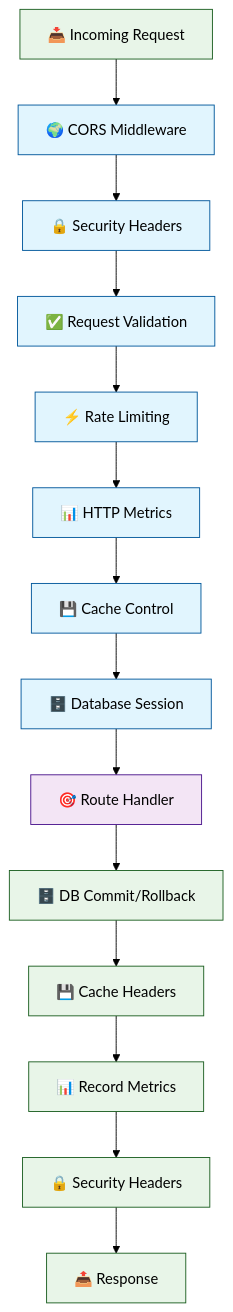
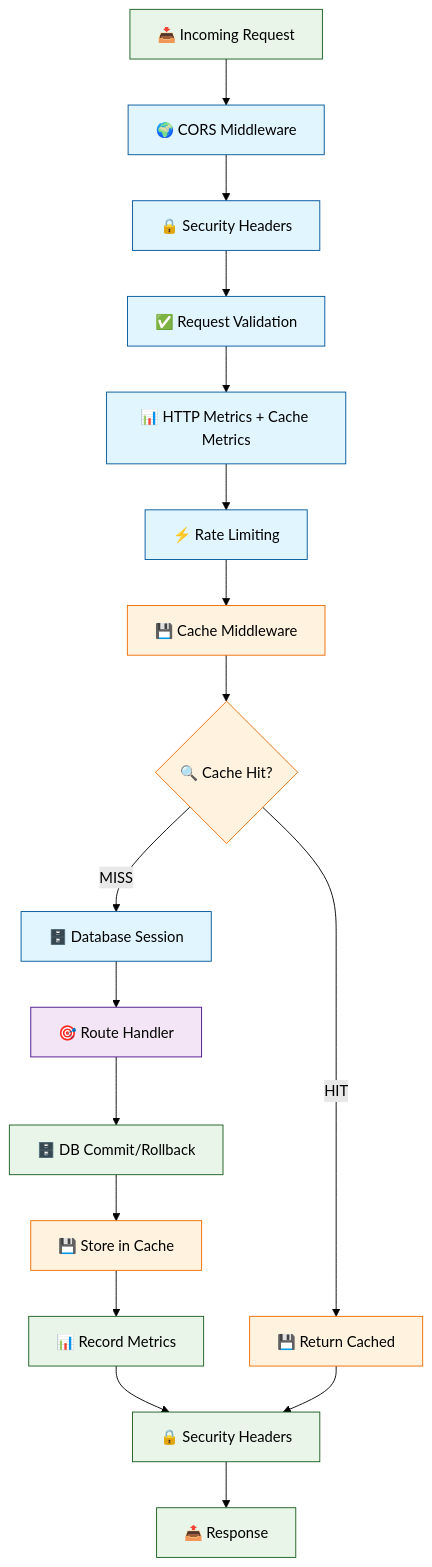
The first of 3 diagrams in README.md (ZhuchkaTriplesix/ZhuchkaKeyboards), drawn with Mermaid (forest theme) before and after one commit. The commit also changed other lines of this file and 12 other files, not shown here.

````diff
--- a/README.md
+++ b/README.md
@@ -60,25 +61,30 @@
 ```mermaid
 graph TD
     Request[📥 Incoming Request] --> CORS[🌍 CORS Middleware]
     CORS --> Security[🔒 Security Headers]
     Security --> Validation[✅ Request Validation]
-    Validation --> RateLimit[⚡ Rate Limiting]
-    RateLimit --> Metrics[📊 HTTP Metrics]
-    Metrics --> Cache[💾 Cache Control]
-    Cache --> Database[🗄️ Database Session]
+    Validation --> Metrics[📊 HTTP Metrics + Cache Metrics]
+    Metrics --> RateLimit[⚡ Rate Limiting]
+    RateLimit --> Cache[💾 Cache Middleware]
+    Cache --> CacheCheck{🔍 Cache Hit?}
+    CacheCheck -->|HIT| CacheResponse[💾 Return Cached]
+    CacheCheck -->|MISS| Database[🗄️ Database Session]
     Database --> Handler[🎯 Route Handler]
     
     Handler --> DBResponse[🗄️ DB Commit/Rollback]
-    DBResponse --> CacheResponse[💾 Cache Headers]
-    CacheResponse --> MetricsResponse[📊 Record Metrics]
-    MetricsResponse --> SecurityResponse[🔒 Security Headers]
+    DBResponse --> CacheStore[💾 Store in Cache]
+    CacheStore --> MetricsRecord[📊 Record Metrics]
+    MetricsRecord --> SecurityResponse[🔒 Security Headers]
+    CacheResponse --> SecurityResponse
     SecurityResponse --> Response[📤 Response]
     
     classDef middleware fill:#e1f5fe,stroke:#01579b
     classDef core fill:#f3e5f5,stroke:#4a148c
     classDef flow fill:#e8f5e8,stroke:#1b5e20
+    classDef cache fill:#fff3e0,stroke:#ef6c00
     
-    class CORS,Security,Validation,RateLimit,Metrics,Cache,Database middleware
+    class CORS,Security,Validation,RateLimit,Metrics,Database middleware
     class Handler core
-    class Request,Response,DBResponse,CacheResponse,MetricsResponse,SecurityResponse flow
+    class Cache,CacheCheck,CacheResponse,CacheStore cache
+    class Request,Response,DBResponse,MetricsRecord,SecurityResponse flow
 ```
````
